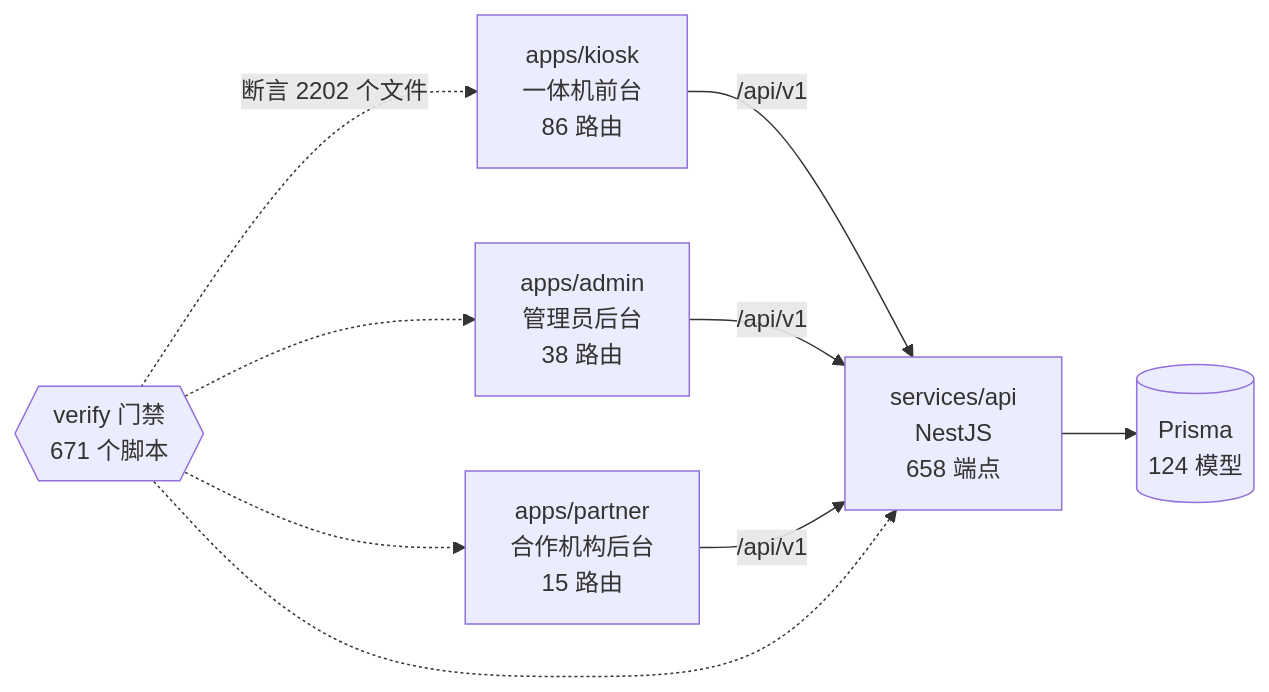
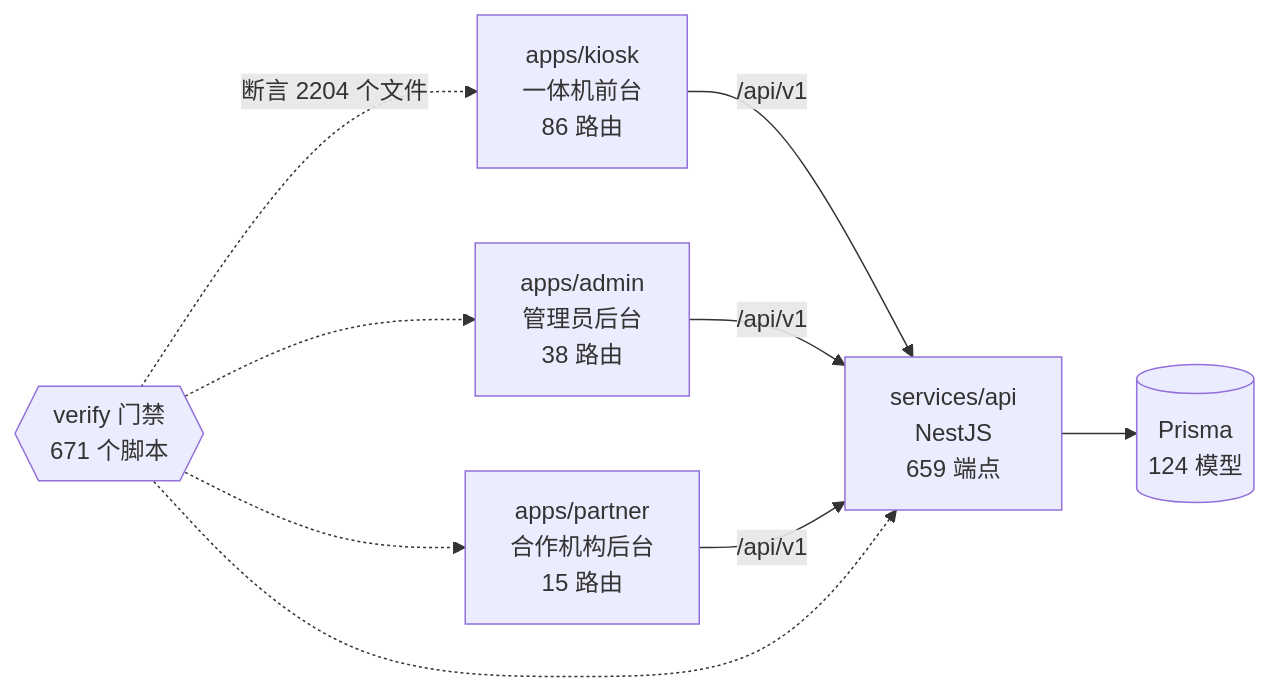
One commit to wanglei581/YITIJI changed the diagram in docs/graph/README.md. Above: the diagram before and after it, drawn with Mermaid. The commit also changed other lines of this file and 18 other files, not shown here.

````diff
--- a/docs/graph/README.md
+++ b/docs/graph/README.md
@@ -68,18 +68,18 @@
 ```mermaid
 flowchart LR
   kiosk["apps/kiosk<br/>一体机前台<br/>86 路由"]
   admin["apps/admin<br/>管理员后台<br/>38 路由"]
   partner["apps/partner<br/>合作机构后台<br/>15 路由"]
-  api["services/api<br/>NestJS<br/>658 端点"]
+  api["services/api<br/>NestJS<br/>659 端点"]
   db[("Prisma<br/>124 模型")]
   gates{{"verify 门禁<br/>671 个脚本"}}
 
   kiosk -->|"/api/v1"| api
   admin -->|"/api/v1"| api
   partner -->|"/api/v1"| api
   api --> db
-  gates -.->|"断言 2202 个文件"| kiosk
+  gates -.->|"断言 2204 个文件"| kiosk
   gates -.-> admin
   gates -.-> partner
   gates -.-> api
 ```
````
